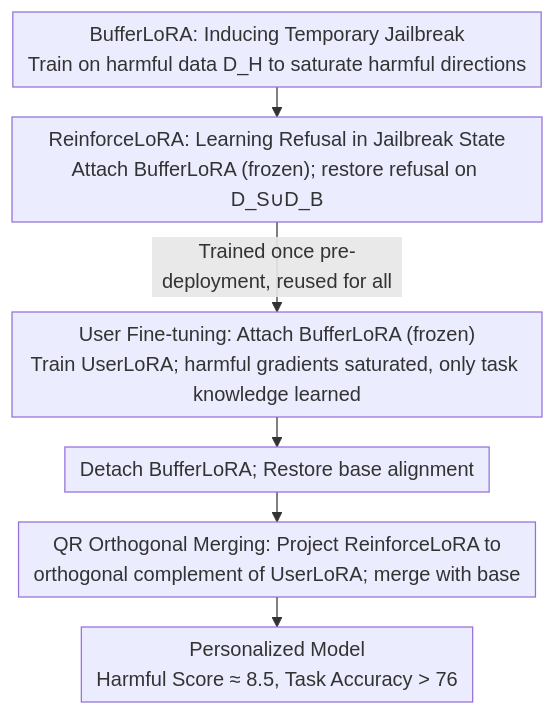
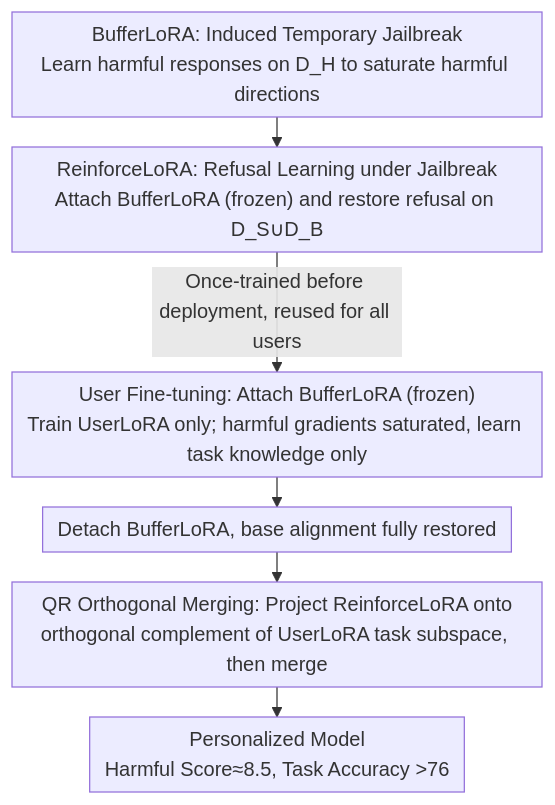
One commit to zhaoyang97/Paper-Notes-en changed the diagram in docs/ICML2026/model_compression/jailbreak_to_protect_buffering_and_reinforcing_via_temporary_jailbreaking_for_sa.md. Above: the diagram before and after it, drawn with Mermaid. The commit also changed other lines of this file and 5084 other files, not shown here.

````diff
--- a/docs/ICML2026/model_compression/jailbreak_to_protect_buffering_and_reinforcing_via_temporary_jailbreaking_for_sa.md
+++ b/docs/ICML2026/model_compression/jailbreak_to_protect_buffering_and_reinforcing_via_temporary_jailbreaking_for_sa.md
@@ -48,11 +48,11 @@
 ```mermaid
 %%{init: {'flowchart': {'rankSpacing': 24, 'nodeSpacing': 28, 'padding': 6, 'wrappingWidth': 400}}}%%
 flowchart TD
-    B["BufferLoRA: Inducing Temporary Jailbreak<br/>Train on harmful data D_H to saturate harmful directions"]
-    R["ReinforceLoRA: Learning Refusal in Jailbreak State<br/>Attach BufferLoRA (frozen); restore refusal on D_S∪D_B"]
+    B["BufferLoRA: Induced Temporary Jailbreak<br/>Learn harmful responses on D_H to saturate harmful directions"]
+    R["ReinforceLoRA: Refusal Learning under Jailbreak<br/>Attach BufferLoRA (frozen) and restore refusal on D_S∪D_B"]
     B --> R
-    R -->|Trained once pre-deployment, reused for all| U["User Fine-tuning: Attach BufferLoRA (frozen)<br/>Train UserLoRA; harmful gradients saturated, only task knowledge learned"]
-    U --> M["Detach BufferLoRA; Restore base alignment"]
-    M --> Q["QR Orthogonal Merging: Project ReinforceLoRA to<br/>orthogonal complement of UserLoRA; merge with base"]
-    Q --> O["Personalized Model<br/>Harmful Score ≈ 8.5, Task Accuracy > 76"]
+    R -->|Once-trained before deployment, reused for all users| U["User Fine-tuning: Attach BufferLoRA (frozen)<br/>Train UserLoRA only; harmful gradients saturated, learn task knowledge only"]
+    U --> M["Detach BufferLoRA, base alignment fully restored"]
+    M --> Q["QR Orthogonal Merging: Project ReinforceLoRA onto<br/>orthogonal complement of UserLoRA task subspace, then merge"]
+    Q --> O["Personalized Model<br/>Harmful Score≈8.5, Task Accuracy >76"]
 ```
````
